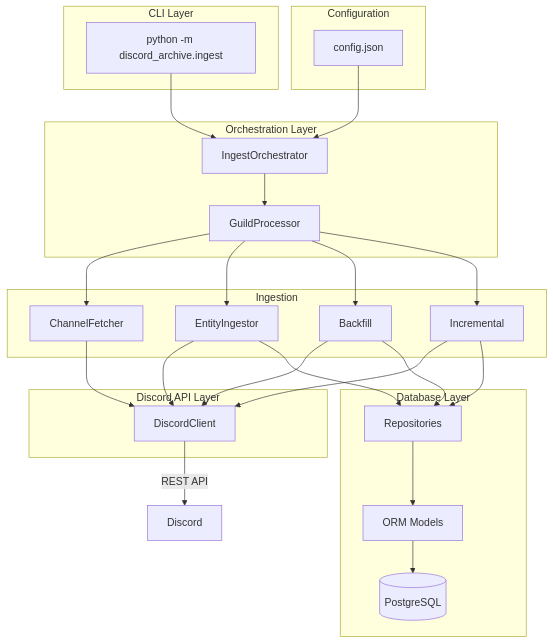
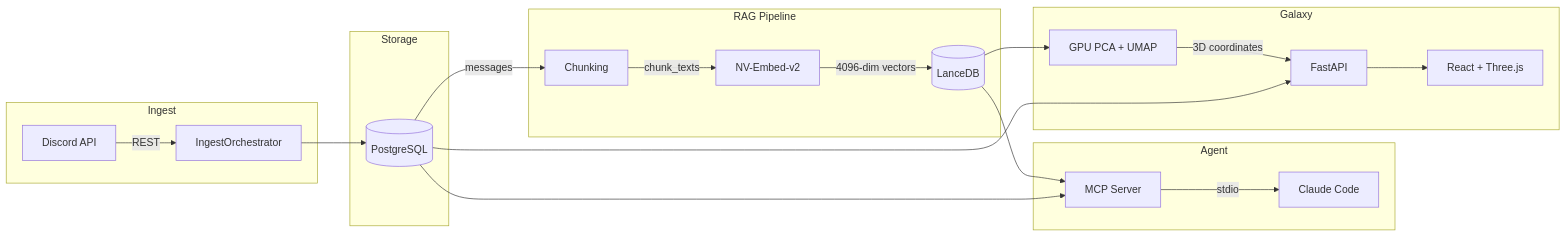
The diagram in README.md (wdwdev/discord-archive), drawn with Mermaid before and after one commit. The commit also changed other lines of this file and 2 other files, not shown here.

````diff
--- a/README.md
+++ b/README.md
@@ -18,50 +7,29 @@
 ```mermaid
-graph TB
-    subgraph CLI["CLI Layer"]
-        A[python -m discord_archive.ingest]
+graph LR
+    subgraph Ingest
+        A[Discord API] -->|REST| B[IngestOrchestrator]
     end
 
-    subgraph Config["Configuration"]
-        B[config.json]
+    subgraph Storage
+        B --> C[(PostgreSQL)]
     end
 
-    subgraph Orchestration["Orchestration Layer"]
-        D[IngestOrchestrator]
-        E[GuildProcessor]
+    subgraph RAG Pipeline
+        C -->|messages| D[Chunking]
+        D -->|chunk_texts| E[NV-Embed-v2]
+        E -->|4096-dim vectors| F[(LanceDB)]
     end
 
-    subgraph Ingestion["Ingestion"]
-        F[ChannelFetcher]
-        G[EntityIngestor]
-        H[Backfill]
-        I[Incremental]
+    subgraph Agent
+        F --> G[MCP Server]
+        C --> G
+        G -->|stdio| H[Claude Code]
     end
 
-    subgraph API["Discord API Layer"]
-        J[DiscordClient]
+    subgraph Galaxy
+        F --> I[GPU PCA + UMAP]
+        I -->|3D coordinates| J[FastAPI]
+        C --> J
+        J --> K[React + Three.js]
     end
-
-    subgraph DB["Database Layer"]
-        K[Repositories]
-        L[ORM Models]
-        M[(PostgreSQL)]
-    end
-
-    A --> D
-    B --> D
-    D --> E
-    E --> F
-    E --> G
-    E --> H
-    E --> I
-    F --> J
-    G --> J
-    H --> J
-    I --> J
-    J -->|REST API| N[Discord]
-    H --> K
-    I --> K
-    G --> K
-    K --> L
-    L --> M
 ```
````
